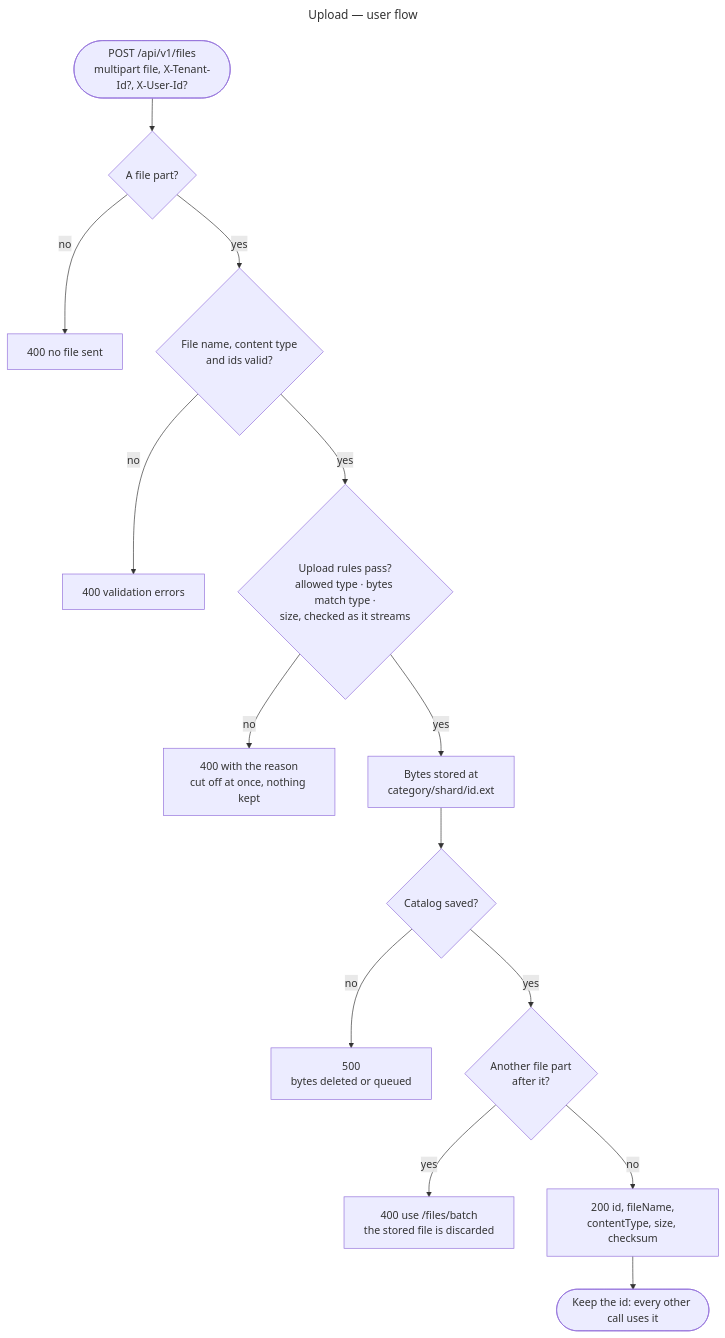
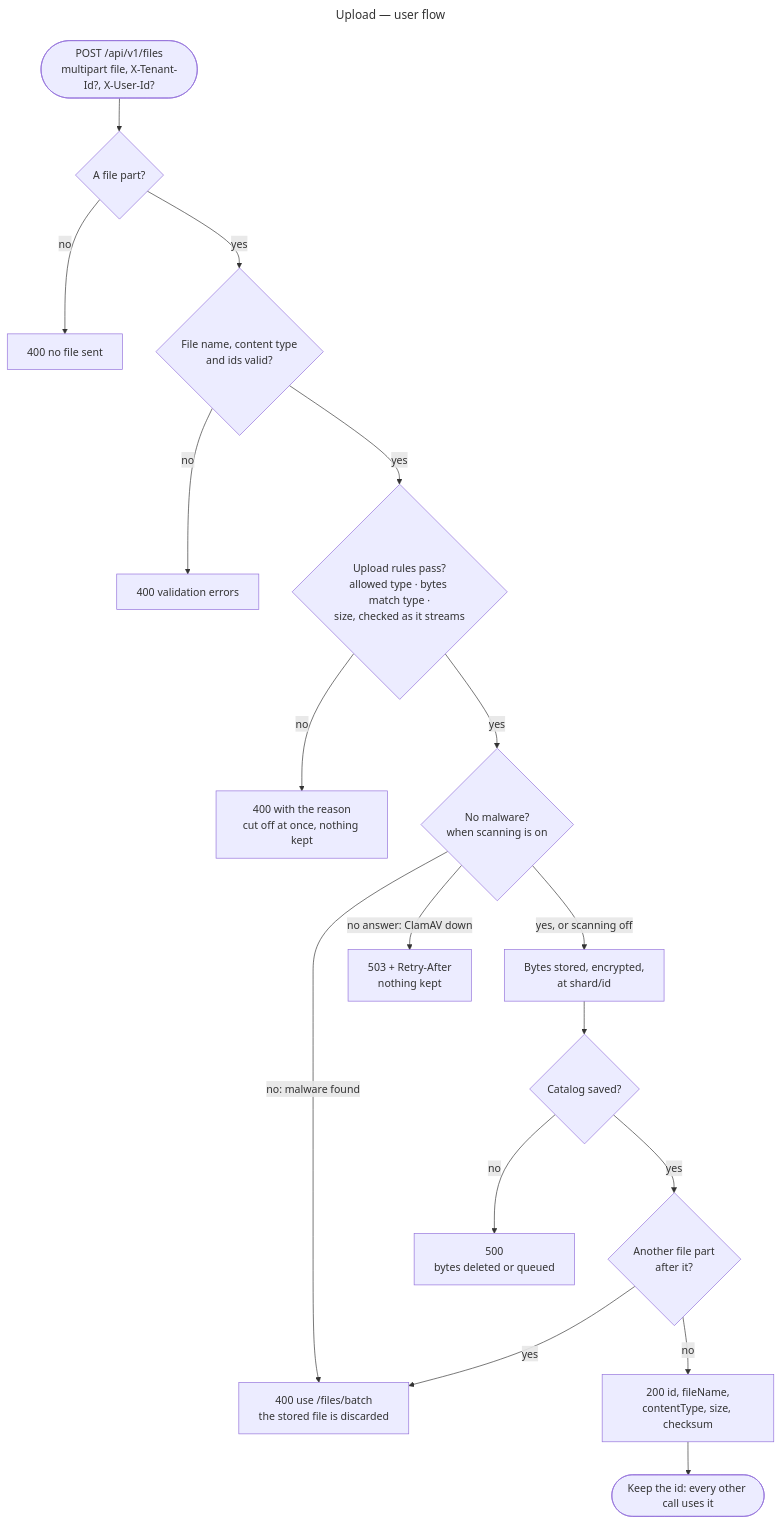
One commit to gmetskhvarishvili/GM.FileStorage.Samples changed the third of 11 diagrams in docs/user-flows.md. Above: the diagram before and after it, drawn with Mermaid. The commit also changed other lines of this file and 16 other files, not shown here.

First line of the commit message:
feat: opt-in malware scanning with ClamAV

````diff
--- a/docs/user-flows.md
+++ b/docs/user-flows.md
@@ -77,19 +77,22 @@
 ```mermaid
 ---
 title: Upload — user flow
 ---
 flowchart TD
     start([POST /api/v1/files<br/>multipart file, X-Tenant-Id?, X-User-Id?]) --> any{A file part?}
     any -- no --> n400[400 no file sent]
     any -- yes --> valid{File name, content type<br/>and ids valid?}
     valid -- no --> v400[400 validation errors]
     valid -- yes --> rules{Upload rules pass?<br/>allowed type · bytes match type ·<br/>size, checked as it streams}
     rules -- no --> r400[400 with the reason<br/>cut off at once, nothing kept]
-    rules -- yes --> stored[Bytes stored at<br/>category/shard/id.ext]
+    rules -- yes --> scan{No malware?<br/>when scanning is on}
+    scan -- "no: malware found" --> m400[400 naming it<br/>nothing kept]
+    scan -- "no answer: ClamAV down" --> s503[503 + Retry-After<br/>nothing kept]
+    scan -- "yes, or scanning off" --> stored[Bytes stored, encrypted,<br/>at shard/id]
     stored --> saved{Catalog saved?}
     saved -- no --> e500[500<br/>bytes deleted or queued]
     saved -- yes --> more{Another file part<br/>after it?}
     more -- yes --> m400[400 use /files/batch<br/>the stored file is discarded]
     more -- no --> ok[200 id, fileName,<br/>contentType, size, checksum]
     ok --> next([Keep the id: every other call uses it])
 ```
````
